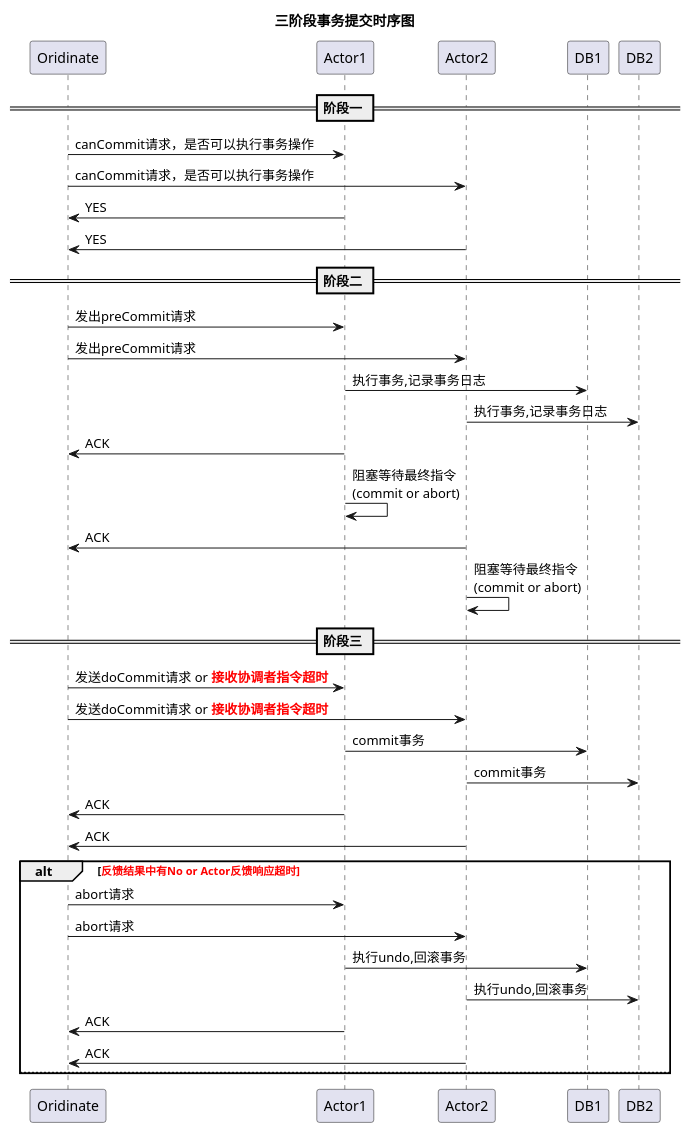
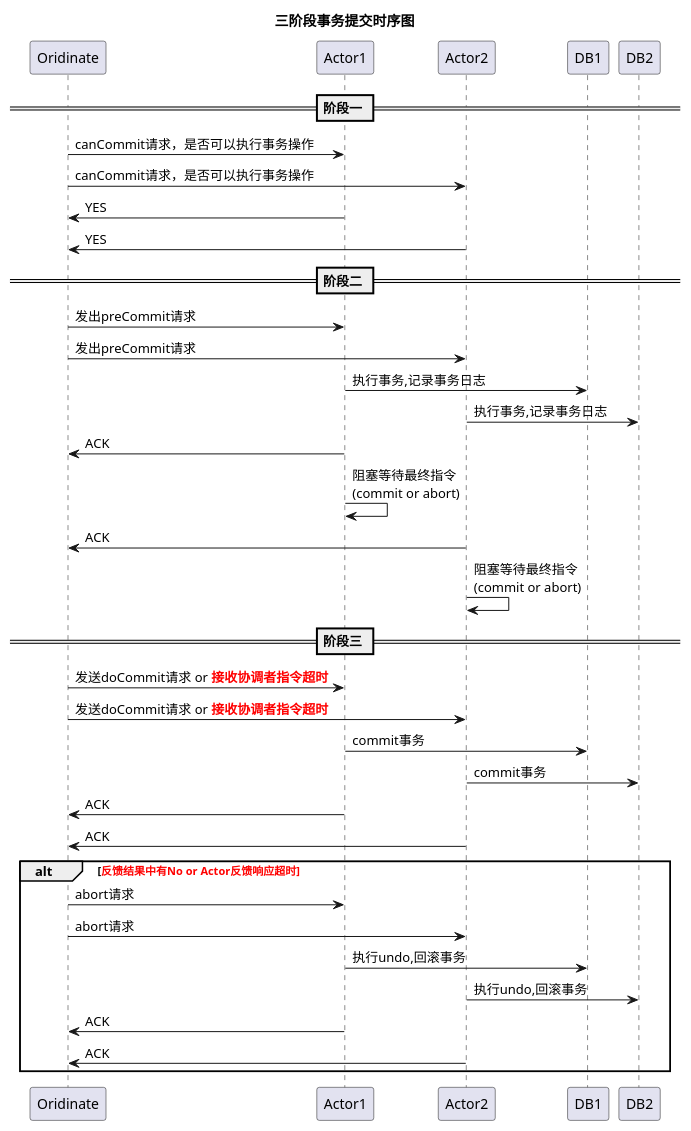
Before and after one commit to newbigTech/myDesignPattern: the diagram in uml/zookeeper/3pc-阶段三回滚.puml, drawn with PlantUML.

Commit message:
uml图

```diff
--- a/uml/zookeeper/3pc-阶段三回滚.puml
+++ b/uml/zookeeper/3pc-阶段三回滚.puml
@@ -1,45 +1,43 @@
 @startuml
 title 三阶段事务提交时序图
 == 阶段一 ==
 Oridinate -> Actor1:canCommit请求，是否可以执行事务操作
 Oridinate -> Actor2:canCommit请求，是否可以执行事务操作
 
 Oridinate <- Actor1:YES
 Oridinate <- Actor2:YES
 
 == 阶段二 ==
 Oridinate -> Actor1:发出preCommit请求
 Oridinate -> Actor2:发出preCommit请求
 
 Actor1  -> DB1:执行事务,记录事务日志
 Actor2  -> DB2:执行事务,记录事务日志
 
 Oridinate <- Actor1:ACK
 Actor1 -> Actor1:阻塞等待最终指令\n(commit or abort)
 Oridinate <- Actor2:ACK
 Actor2 -> Actor2:阻塞等待最终指令\n(commit or abort)
 
 == 阶段三 ==
 Oridinate -> Actor1:发送doCommit请求 or <font color=red><b>接收协调者指令超时
 Oridinate -> Actor2:发送doCommit请求 or <font color=red><b>接收协调者指令超时
 
 Actor1  -> DB1:commit事务
 Actor2  -> DB2:commit事务
 
 Oridinate <- Actor1:ACK
 Oridinate <- Actor2:ACK
 
 alt <font color=red><b>反馈结果中有No or Actor反馈响应超时
     Oridinate -> Actor1:abort请求
     Oridinate -> Actor2:abort请求
 
     Actor1  -> DB1:执行undo,回滚事务
     Actor2  -> DB2:执行undo,回滚事务
 
     Oridinate <- Actor1:ACK
     Oridinate <- Actor2:ACK
-else
-
 end
 
 @enduml
```
